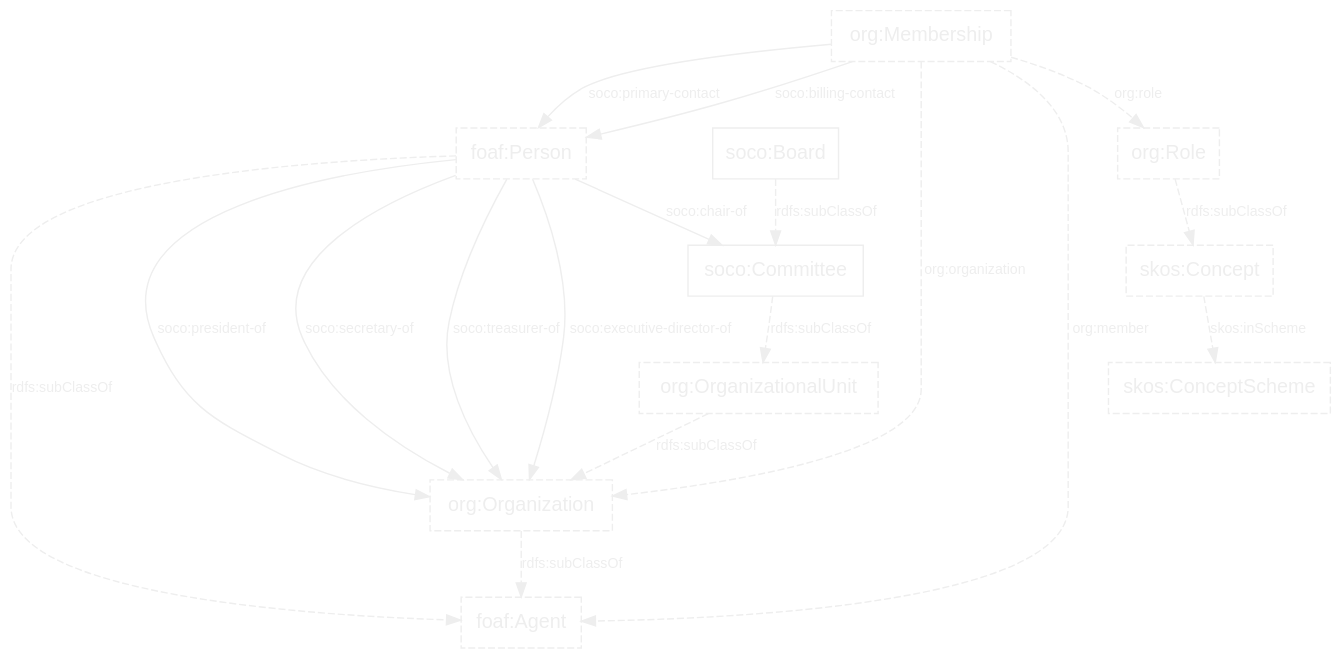
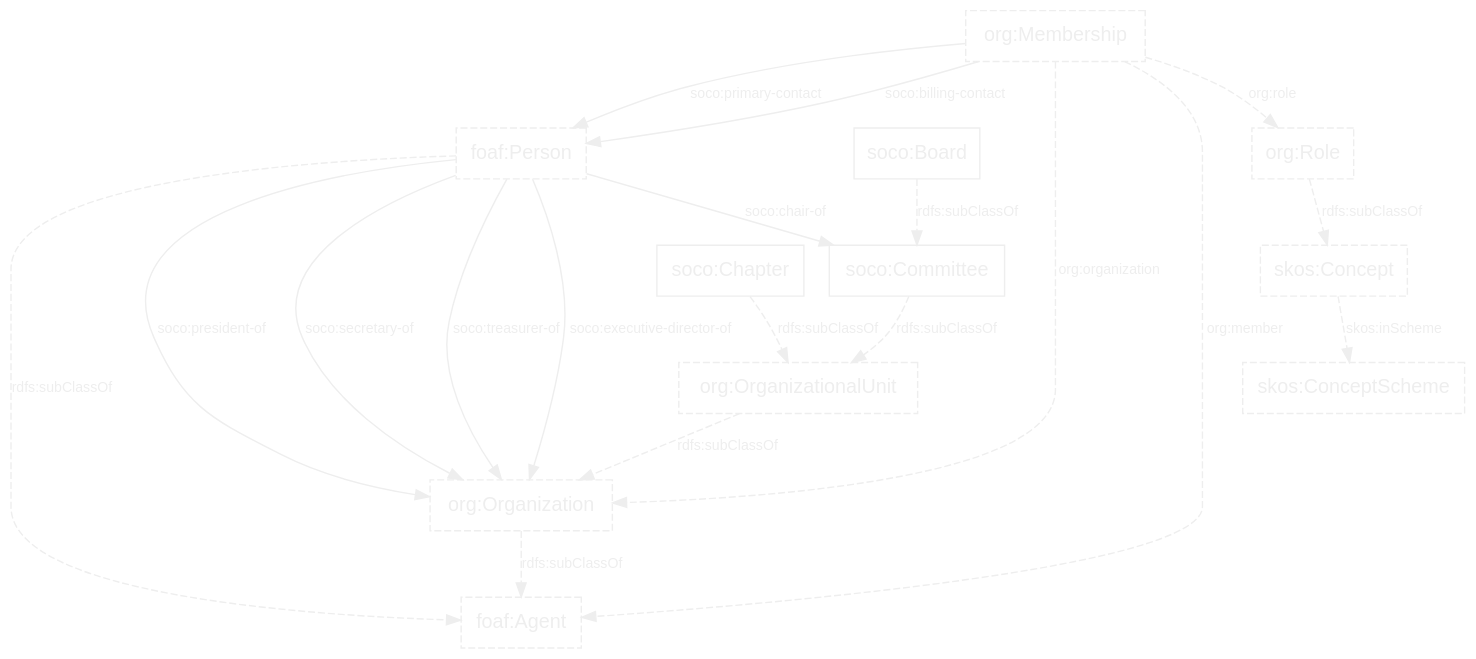
One commit to doriantaylor/owl-societies changed the diagram in example.dot. Above: the diagram before and after it, drawn with Graphviz. The commit also changed 1 other file, not shown here.

```diff
--- a/example.dot
+++ b/example.dot
@@ -1,44 +1,46 @@
 digraph {
     graph [bgcolor=transparent];
     node [shape=box,color="#eeeeee",fontcolor="#eeeeee",fontname="Lucida Grande, Lucida Sans Unicode, sans-serif"];
     edge [color="#eeeeee",fontcolor="#eeeeee",fontname="Lucida Grande, Lucida Sans Unicode, sans-serif"];
     subgraph {
         node [style=dashed];
         foaf_Agent [label="foaf:Agent"];
         foaf_Person [label="foaf:Person"];
         org_Organization [label="org:Organization", style=dashed];
         org_OrganizationalUnit [label="org:OrganizationalUnit", style=dashed];
         org_Role [label="org:Role", style=dashed];
         org_Membership [label="org:Membership", style=dashed];
         skos_Concept [label="skos:Concept", style=dashed];
         skos_ConceptScheme [label="skos:ConceptScheme", style=dashed];
     }
+    soco_Chapter [label="soco:Chapter"];
     soco_Committee [label="soco:Committee"];
     soco_Board [label="soco:Board"];
     
     subgraph {
         edge [fontsize=10,concentrate=true];
         
         subgraph {
             edge [label="rdfs:subClassOf", style=dashed];
             soco_Board -> soco_Committee -> org_OrganizationalUnit;
+            soco_Chapter -> org_OrganizationalUnit;
             org_OrganizationalUnit -> org_Organization -> foaf_Agent;
             foaf_Person -> foaf_Agent;
             org_Role -> skos_Concept;
         }
         subgraph {
             edge [style=dashed];
             org_Membership -> org_Organization [label="org:organization"];
             org_Membership -> foaf_Agent [label="org:member"];
             org_Membership -> org_Role [label="org:role"];
             skos_Concept -> skos_ConceptScheme [label="skos:inScheme"];
         }
         org_Membership -> foaf_Person [label="soco:primary-contact"];
         org_Membership -> foaf_Person [label="soco:billing-contact"];
         foaf_Person -> soco_Committee [label="soco:chair-of"];
         foaf_Person -> org_Organization [label="soco:president-of"];
         foaf_Person -> org_Organization [label="soco:secretary-of"];
         foaf_Person -> org_Organization [label="soco:treasurer-of"];
         foaf_Person -> org_Organization [label="soco:executive-director-of"];
     }
 }
```
